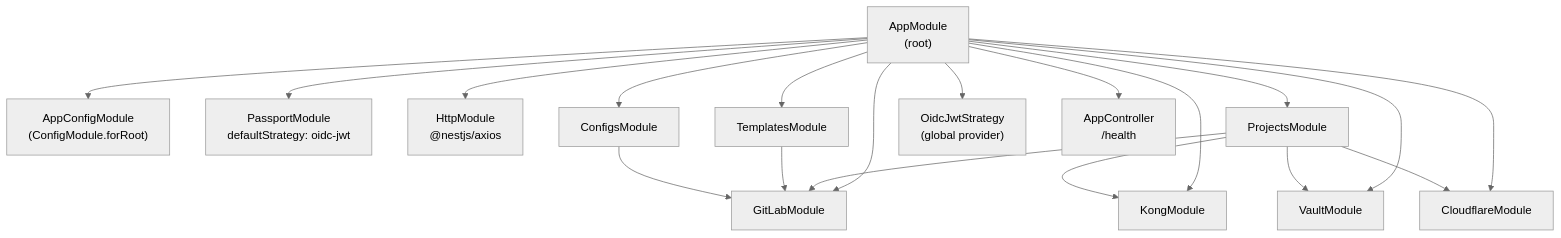
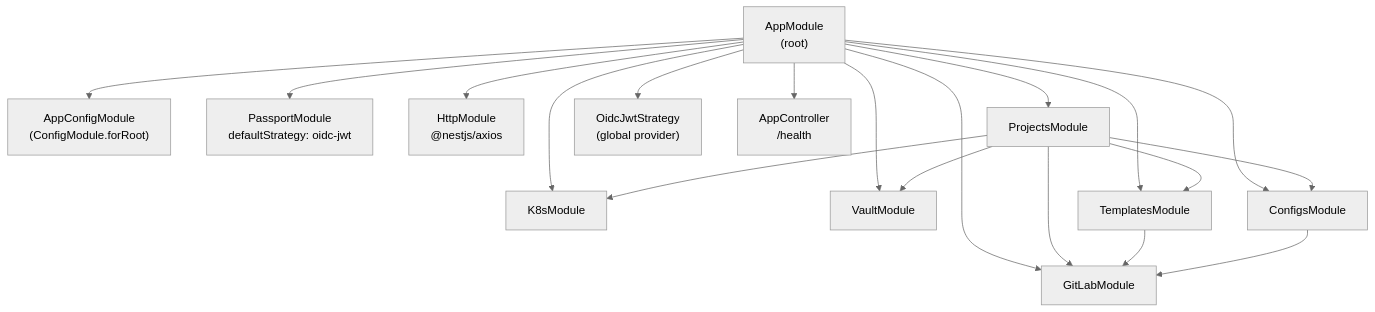
Before and after one commit to astarx-studio/devsecops-platform: the first of 2 diagrams in __DOCS__/99_maintainers/03_management_api.md, drawn with Mermaid (neutral theme). The commit also changed other lines of this file and 109 other files, not shown here.

````diff
--- a/__DOCS__/99_maintainers/03_management_api.md
+++ b/__DOCS__/99_maintainers/03_management_api.md
@@ -11,37 +11,36 @@
 ```mermaid
 graph TD
     AppModule["AppModule\n(root)"]
     ConfigModule["AppConfigModule\n(ConfigModule.forRoot)"]
     PassportModule["PassportModule\ndefaultStrategy: oidc-jwt"]
     HttpModule["HttpModule\n@nestjs/axios"]
     GitLabModule["GitLabModule"]
-    KongModule["KongModule"]
+    K8sModule["K8sModule"]
     VaultModule["VaultModule"]
-    CloudflareModule["CloudflareModule"]
     ConfigsModule["ConfigsModule"]
     TemplatesModule["TemplatesModule"]
     ProjectsModule["ProjectsModule"]
 
     OidcJwtStrategy["OidcJwtStrategy\n(global provider)"]
     AppController["AppController\n/health"]
 
     AppModule --> ConfigModule
     AppModule --> PassportModule
     AppModule --> HttpModule
     AppModule --> GitLabModule
-    AppModule --> KongModule
     AppModule --> VaultModule
-    AppModule --> CloudflareModule
+    AppModule --> K8sModule
     AppModule --> ConfigsModule
     AppModule --> TemplatesModule
     AppModule --> ProjectsModule
     AppModule --> OidcJwtStrategy
     AppModule --> AppController
 
     ProjectsModule --> GitLabModule
-    ProjectsModule --> KongModule
     ProjectsModule --> VaultModule
-    ProjectsModule --> CloudflareModule
+    ProjectsModule --> K8sModule
+    ProjectsModule --> TemplatesModule
+    ProjectsModule --> ConfigsModule
     TemplatesModule --> GitLabModule
     ConfigsModule --> GitLabModule
 ```
````
